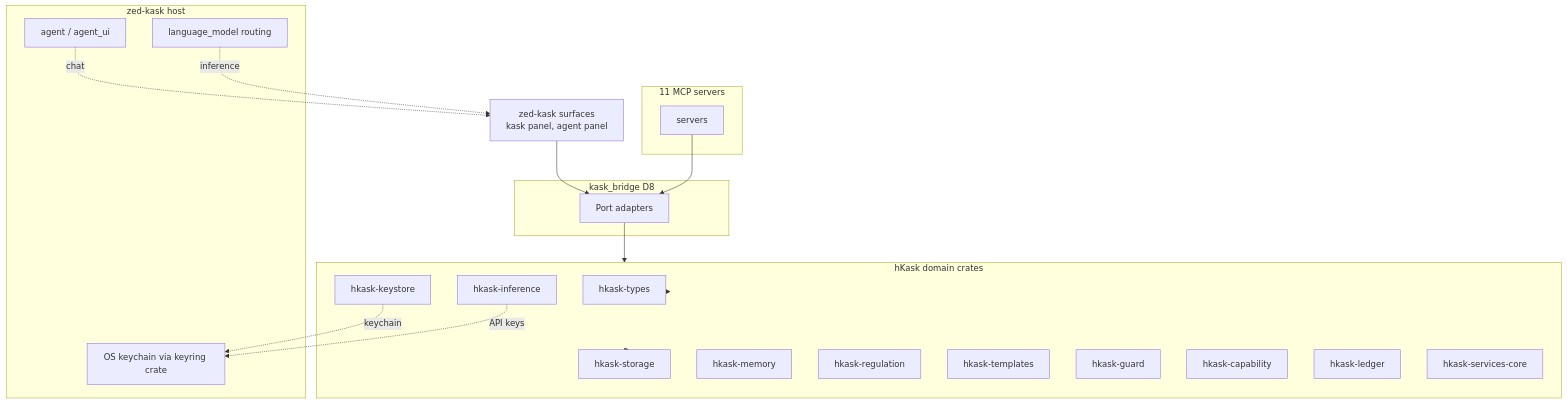
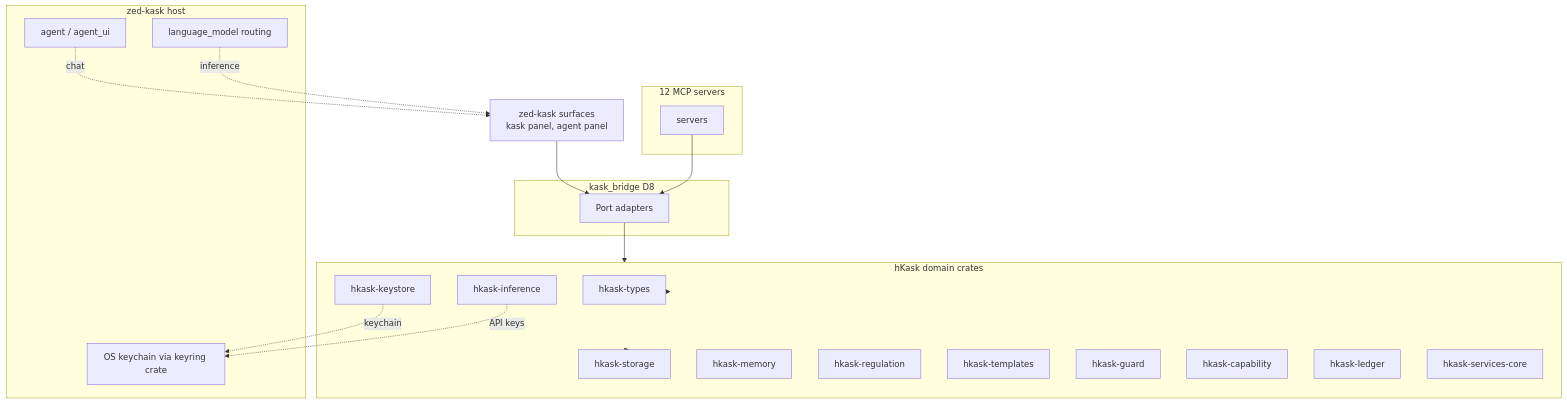
The diagram in kask/docs/architecture/core/MDS.md (mdz-axo/zed-kask), drawn with Mermaid before and after one commit. The commit also changed other lines of this file and 55 other files, not shown here.

````diff
--- a/kask/docs/architecture/core/MDS.md
+++ b/kask/docs/architecture/core/MDS.md
@@ -536,38 +536,38 @@
 ```mermaid
 graph TD
     ZEDSURF["zed-kask surfaces<br/>kask panel, agent panel"]
     subgraph BRIDGE["kask_bridge D8"]
         ADAPT["Port adapters"]
     end
-    subgraph MCP["11 MCP servers"]
+    subgraph MCP["12 MCP servers"]
         MSRV[servers]
     end
     subgraph HKASK["hKask domain crates"]
         TYPES[hkask-types]
         STORE[hkask-storage]
         MEM[hkask-memory]
         REG[hkask-regulation]
         TEMPLATES[hkask-templates]
         GUARD[hkask-guard]
         CAP[hkask-capability]
         KS[hkask-keystore]
         LEDGER[hkask-ledger]
         INF[hkask-inference]
         SVCCORE[hkask-services-core]
     end
     subgraph ZED["zed-kask host"]
         CRED[OS keychain via keyring crate]
         LM[language_model routing]
         AGENT[agent / agent_ui]
     end
 
     ZEDSURF --> ADAPT
     MSRV --> ADAPT
     ADAPT --> HKASK
     KS -.->|keychain| CRED
     INF -.->|API keys| CRED
     HKASK --> TYPES
     HKASK --> STORE
     AGENT -.->|chat| ZEDSURF
     LM -.->|inference| ZEDSURF
 ```
````
